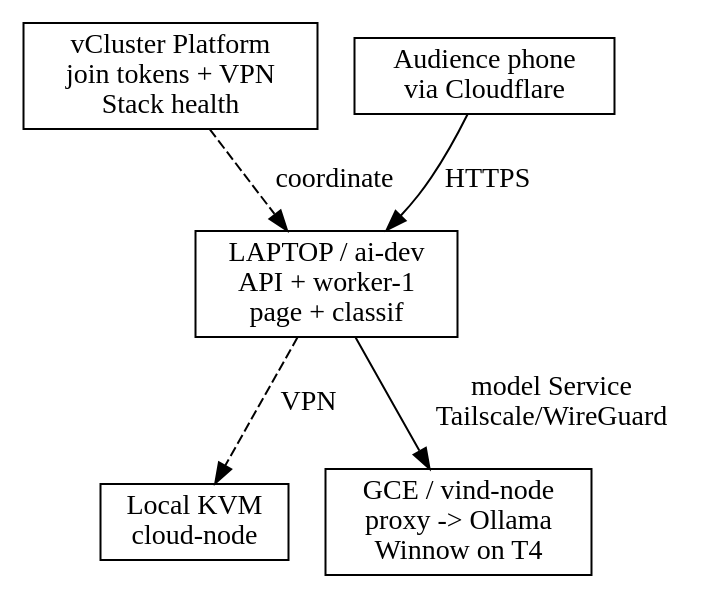
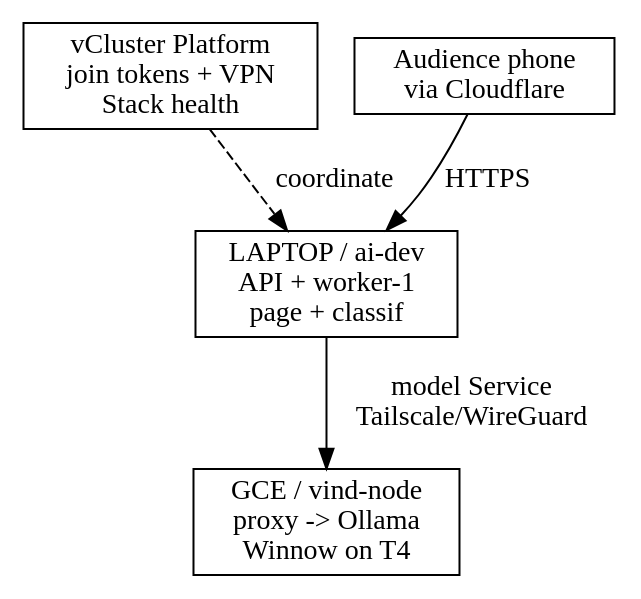
Before and after one commit to Piotr1215/youtube: the diagram in ai-dev-loop/diagrams/architecture.dot, drawn with Graphviz. The commit also changed 3 other files, not shown here.

```diff
--- a/ai-dev-loop/diagrams/architecture.dot
+++ b/ai-dev-loop/diagrams/architecture.dot
@@ -1,15 +1,13 @@
 digraph architecture {
   rankdir=TB;
   node [shape=box];
 
   platform [label="vCluster Platform\njoin tokens + VPN\nStack health"];
   audience [label="Audience phone\nvia Cloudflare"];
   laptop [label="LAPTOP / ai-dev\nAPI + worker-1\npage + classif"];
-  vm [label="Local KVM\ncloud-node"];
   gpu [label="GCE / vind-node\nproxy -> Ollama\nWinnow on T4"];
 
   platform -> laptop [label="coordinate", style=dashed];
   audience -> laptop [label="HTTPS"];
-  laptop -> vm [label="VPN", style=dashed];
   laptop -> gpu [label="model Service\nTailscale/WireGuard"];
 }
```
